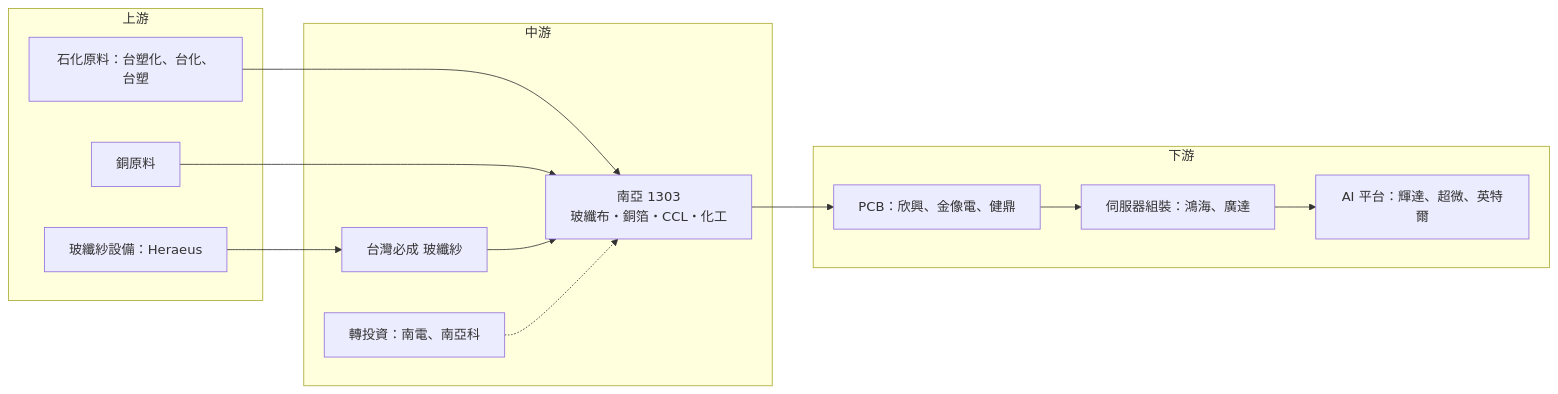
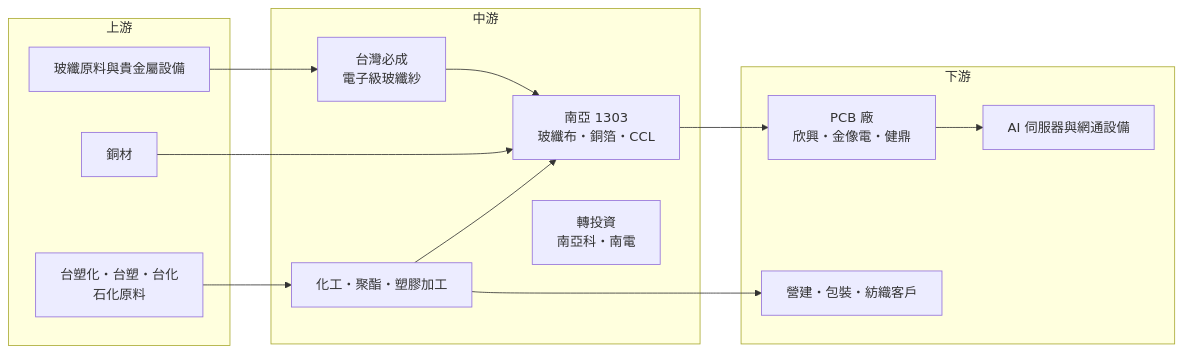
One commit to wangnick1004/taiwan-stock-vault changed the fourth of 4 diagrams in 個股/台股/1303南亞.md. Above: the diagram before and after it, drawn with Mermaid. The commit also changed other lines of this file and 27 other files, not shown here.

````diff
--- a/個股/台股/1303南亞.md
+++ b/個股/台股/1303南亞.md
@@ -217,26 +216,27 @@
 ```mermaid
 flowchart LR
     subgraph 上游
-        A1[石化原料：台塑化、台化、台塑]
-        A2[玻纖紗設備：Heraeus]
-        A3[銅原料]
+        A1[台塑化・台塑・台化<br/>石化原料]
+        A2[玻纖原料與貴金屬設備]
+        A3[銅材]
     end
     subgraph 中游
-        B[南亞 1303<br/>玻纖布・銅箔・CCL・化工]
-        B1[台灣必成 玻纖紗]
-        B2[轉投資：南電、南亞科]
+        B[南亞 1303<br/>玻纖布・銅箔・CCL]
+        B2[台灣必成<br/>電子級玻纖紗]
+        B3[化工・聚酯・塑膠加工]
+        B4[轉投資<br/>南亞科・南電]
     end
     subgraph 下游
-        C1[PCB：欣興、金像電、健鼎]
-        C2[伺服器組裝：鴻海、廣達]
-        C3[AI 平台：輝達、超微、英特爾]
+        C1[PCB 廠<br/>欣興・金像電・健鼎]
+        C2[AI 伺服器與網通設備]
+        C3[營建・包裝・紡織客戶]
     end
-    A1 --> B
-    A2 --> B1
+    A1 --> B3
+    A2 --> B2
+    B2 --> B
     A3 --> B
-    B1 --> B
-    B2 -.-> B
+    B3 --> B
     B --> C1
     C1 --> C2
-    C2 --> C3
+    B3 --> C3
 ```
````
